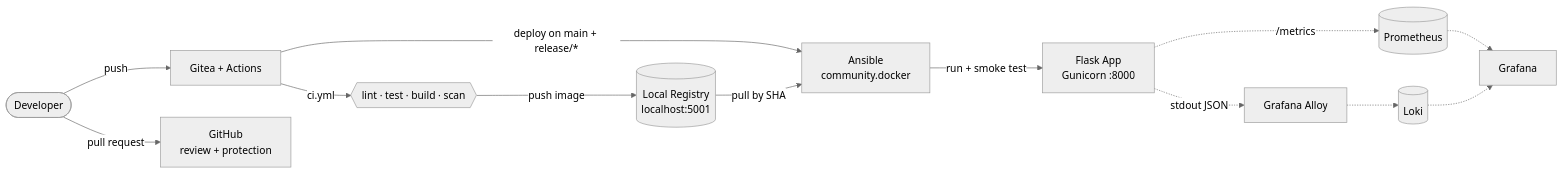
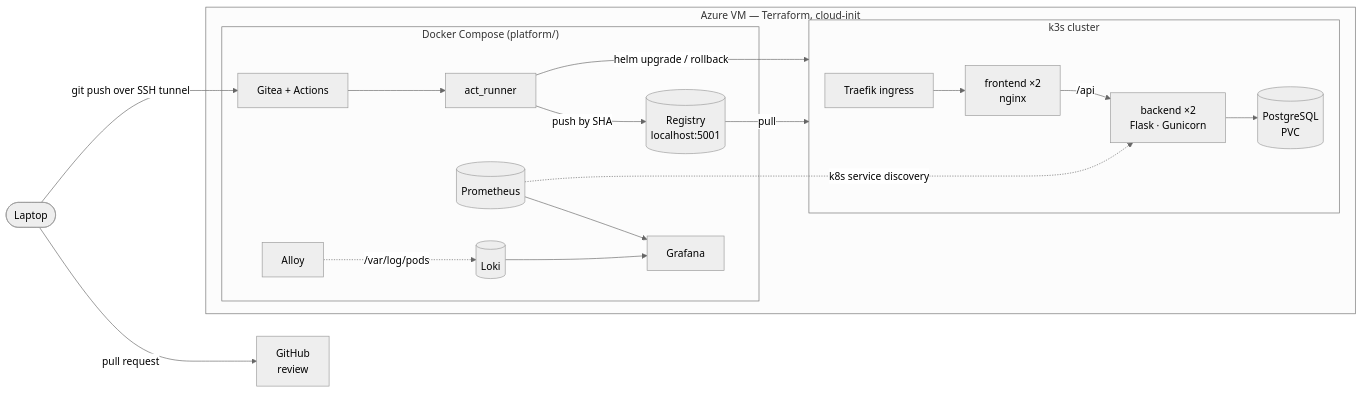
The first of 2 diagrams in README.md (myloo23/MilanProjA-Szakdoga), drawn with Mermaid (neutral theme) before and after one commit. The commit also changed other lines of this file and 5 other files, not shown here.

````diff
--- a/README.md
+++ b/README.md
@@ -32,15 +59,24 @@
 ```mermaid
 flowchart LR
-    Dev([Developer]) -->|push| Gitea[Gitea + Actions]
-    Dev -->|pull request| GH[GitHub<br/>review + protection]
-    Gitea -->|ci.yml| CI{{lint · test · build · scan}}
-    CI -->|push image| Reg[(Local Registry<br/>localhost:5001)]
-    Gitea -->|deploy on main + release/*| Ansible[Ansible<br/>community.docker]
-    Reg -->|pull by SHA| Ansible
-    Ansible -->|run + smoke test| App[Flask App<br/>Gunicorn :8000]
-    App -.->|/metrics| Prom[(Prometheus)]
-    App -.->|stdout JSON| Alloy[Grafana Alloy]
-    Alloy -.-> Loki[(Loki)]
-    Prom -.-> Graf[Grafana]
-    Loki -.-> Graf
+    Dev([Laptop]) -->|pull request| GH[GitHub<br/>review]
+    Dev -->|git push over SSH tunnel| Gitea
+
+    subgraph VM["Azure VM — Terraform, cloud-init"]
+        subgraph Compose["Docker Compose (platform/)"]
+            Gitea[Gitea + Actions] --> Runner[act_runner]
+            Runner -->|push by SHA| Reg[(Registry<br/>localhost:5001)]
+            Prom[(Prometheus)] --> Graf[Grafana]
+            Loki[(Loki)] --> Graf
+            Alloy[Alloy]
+        end
+        subgraph K3s["k3s cluster"]
+            Ing[Traefik ingress] --> FE[frontend ×2<br/>nginx]
+            FE -->|/api| BE[backend ×2<br/>Flask · Gunicorn]
+            BE --> PG[(PostgreSQL<br/>PVC)]
+        end
+        Runner -->|helm upgrade / rollback| K3s
+        Reg -->|pull| K3s
+        Prom -.->|k8s service discovery| BE
+        Alloy -.->|/var/log/pods| Loki
+    end
 ```
````
